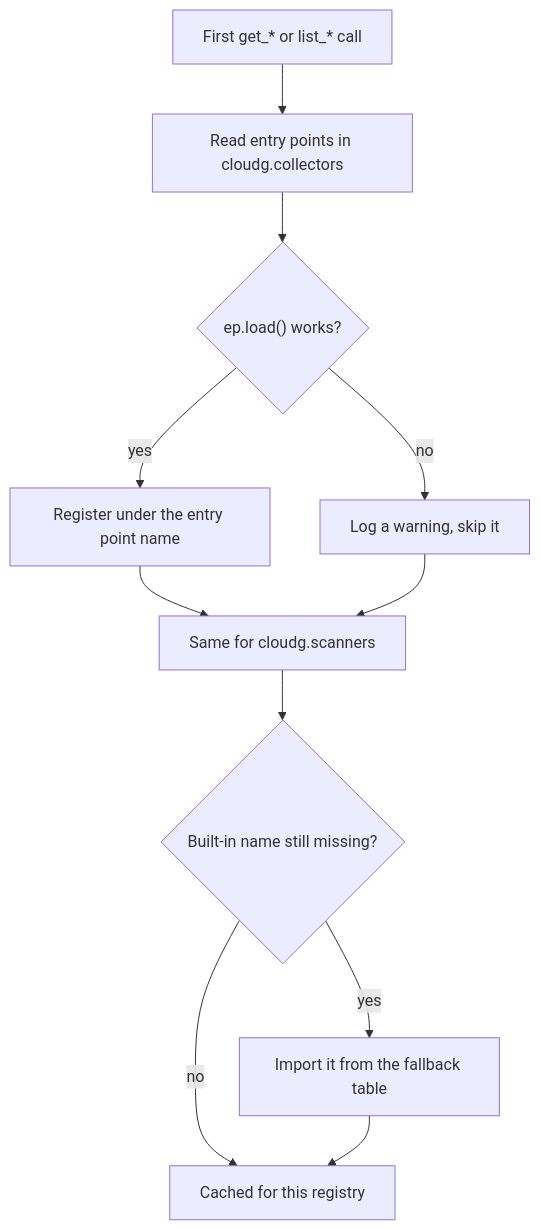
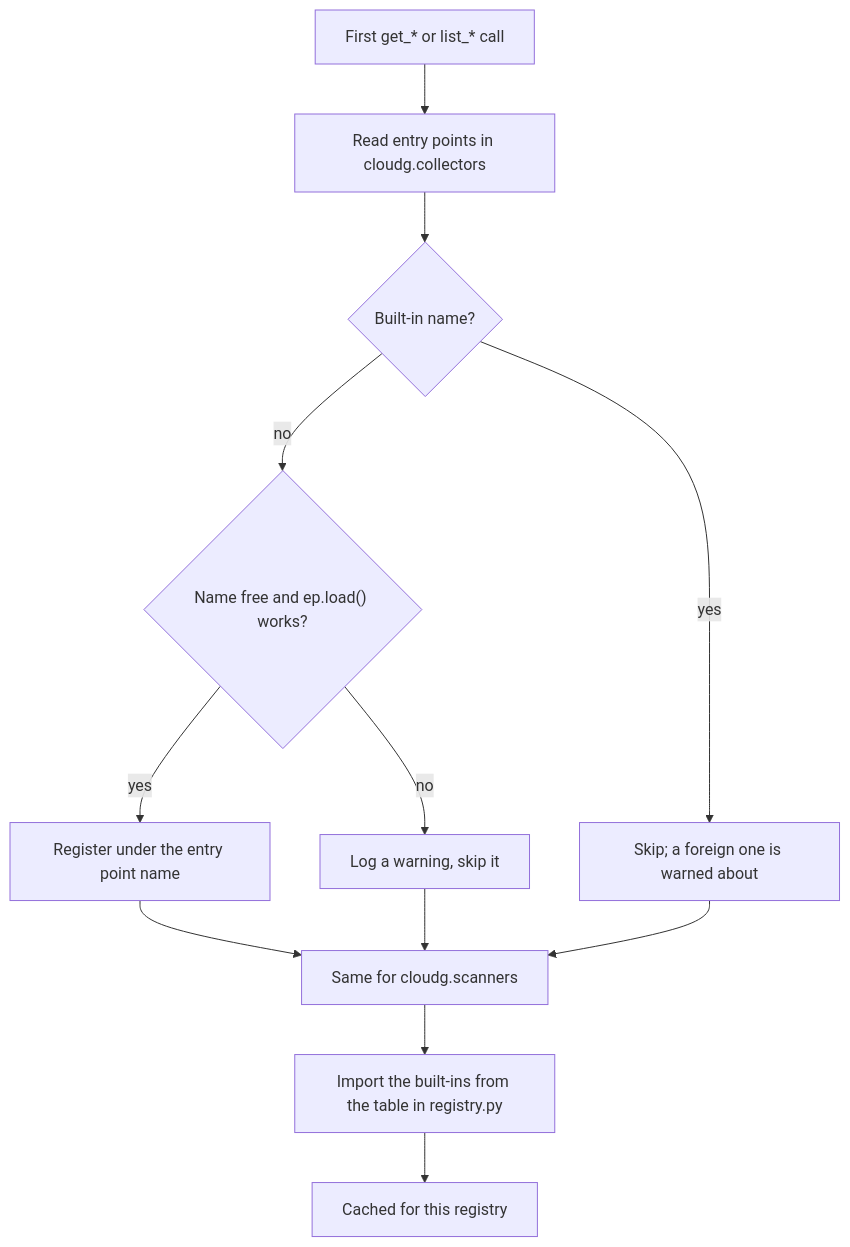
The diagram in site/content/api/entry-points.md (morpheuslord/cloudg), drawn with Mermaid before and after one commit. The commit also changed other lines of this file and 51 other files, not shown here.

````diff
--- a/site/content/api/entry-points.md
+++ b/site/content/api/entry-points.md
@@ -32,13 +30,14 @@
 ```mermaid caption="What the first get or list call does"
 flowchart TD
   A["First get_* or list_* call"] --> B["Read entry points in cloudg.collectors"]
-  B --> C{"ep.load() works?"}
+  B --> N{"Built-in name?"}
+  N -->|yes| S["Skip; a foreign one is warned about"]
+  N -->|no| C{"Name free and ep.load() works?"}
   C -->|yes| D["Register under the entry point name"]
   C -->|no| E["Log a warning, skip it"]
   D --> F["Same for cloudg.scanners"]
   E --> F
-  F --> G{"Built-in name still missing?"}
-  G -->|yes| H["Import it from the fallback table"]
-  G -->|no| I["Cached for this registry"]
-  H --> I
+  S --> F
+  F --> H["Import the built-ins from the table in registry.py"]
+  H --> I["Cached for this registry"]
 ```
````
